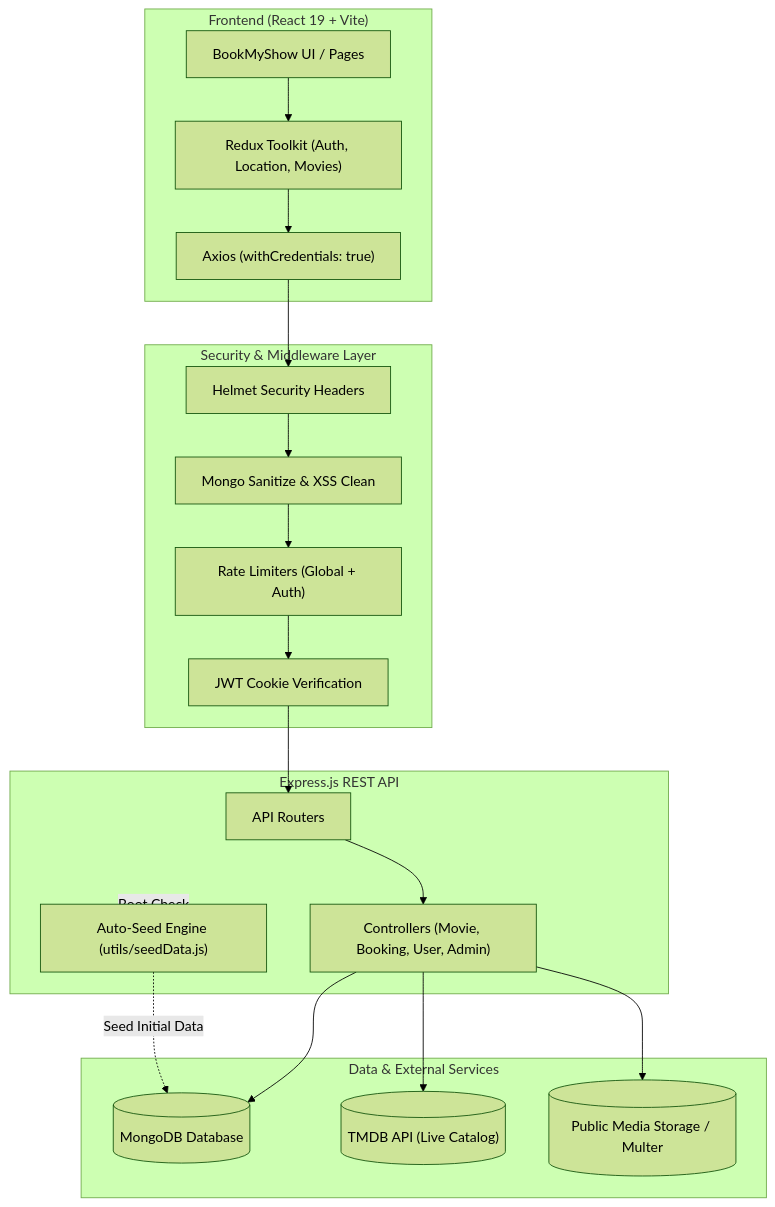
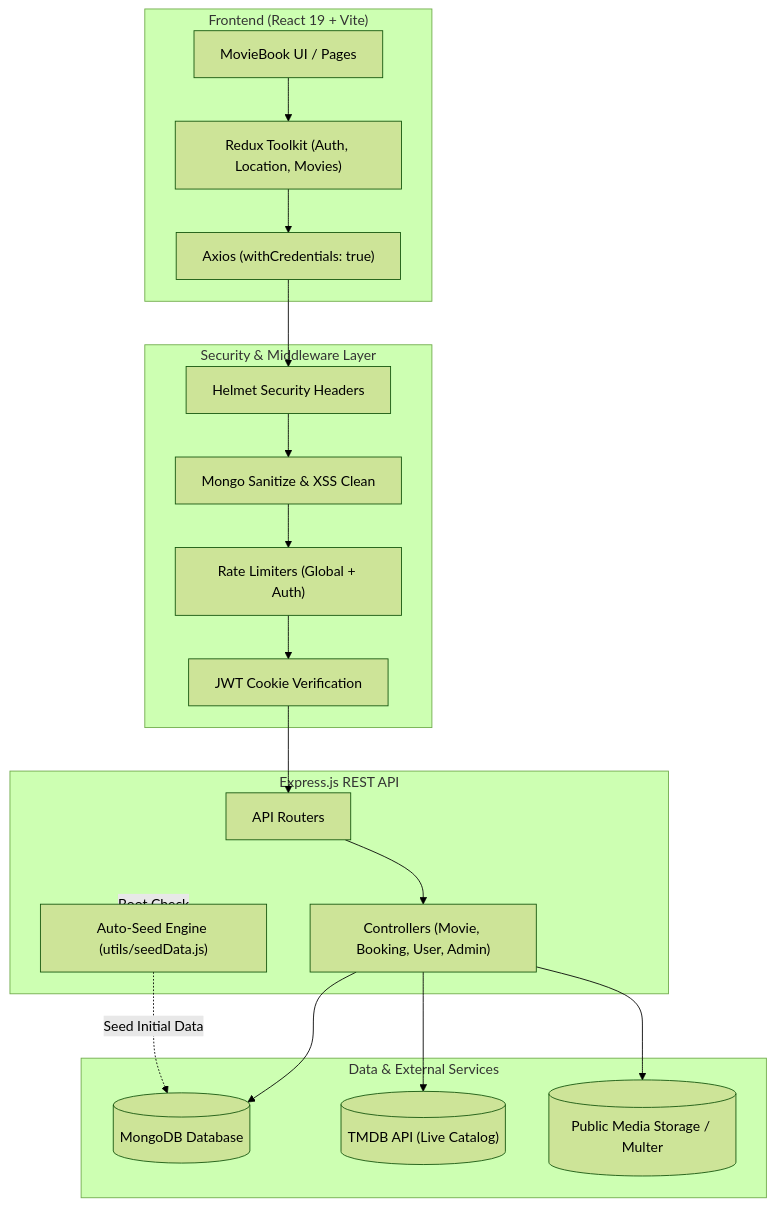
One commit to ankit2807/Movie-Reservation-System changed the diagram in README.md. Above: the diagram before and after it, drawn with Mermaid (forest theme). The commit also changed other lines of this file and 34 other files, not shown here.

Commit message:
refactor: rebrand application from BookMyShow to MovieBook

````diff
--- a/README.md
+++ b/README.md
@@ -86,37 +86,37 @@
 ```mermaid
 flowchart TD
     subgraph Client ["Frontend (React 19 + Vite)"]
-        UI["BookMyShow UI / Pages"]
+        UI["MovieBook UI / Pages"]
         Redux["Redux Toolkit (Auth, Location, Movies)"]
         Axios["Axios (withCredentials: true)"]
         UI --> Redux
         Redux --> Axios
     end
 
     subgraph Security ["Security & Middleware Layer"]
         Helmet["Helmet Security Headers"]
         Sanitize["Mongo Sanitize & XSS Clean"]
         Limiter["Rate Limiters (Global + Auth)"]
         JWTMiddleware["JWT Cookie Verification"]
     end
 
     subgraph Server ["Express.js REST API"]
         Router["API Routers"]
         Controllers["Controllers (Movie, Booking, User, Admin)"]
         AutoSeed["Auto-Seed Engine (utils/seedData.js)"]
     end
 
     subgraph DataStore ["Data & External Services"]
         MongoDB[("MongoDB Database")]
         TMDB[("TMDB API (Live Catalog)")]
         LocalMedia[("Public Media Storage / Multer")]
     end
 
     Axios --> Helmet --> Sanitize --> Limiter --> JWTMiddleware --> Router
     Router --> Controllers
     Controllers --> MongoDB
     Controllers --> TMDB
     Controllers --> LocalMedia
     Server -.->|Boot Check| AutoSeed
     AutoSeed -.->|Seed Initial Data| MongoDB
 ```
````
